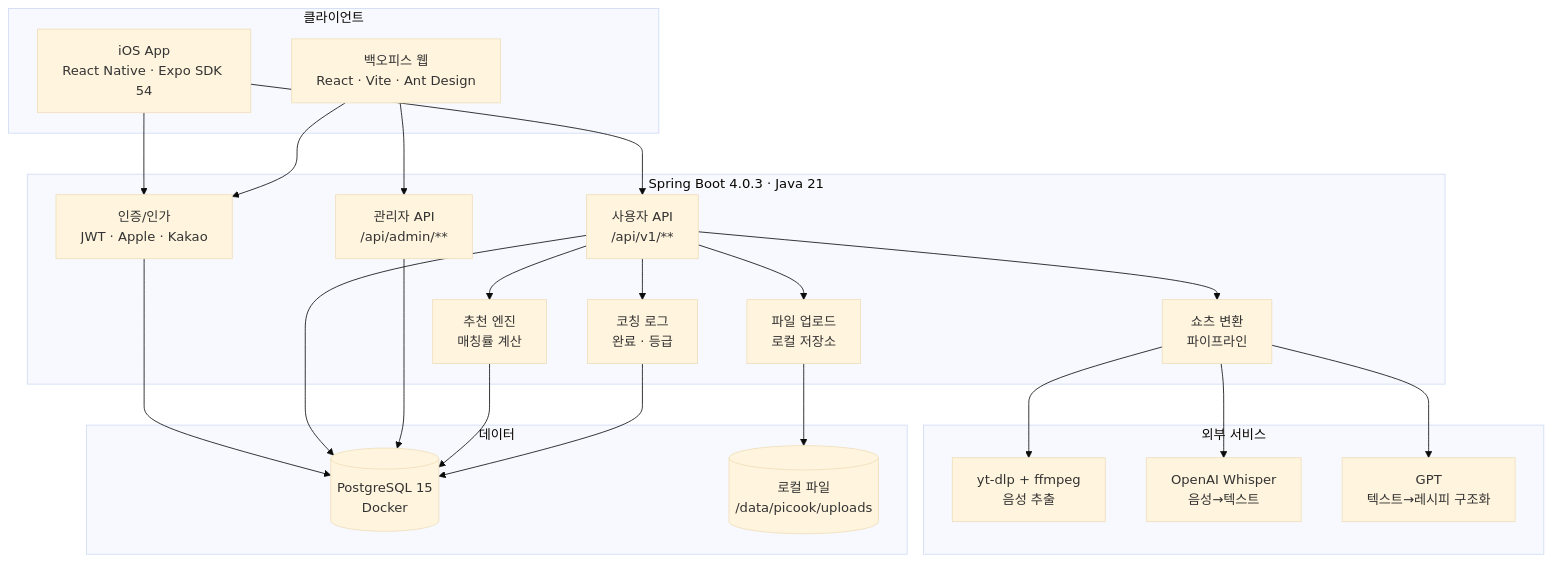
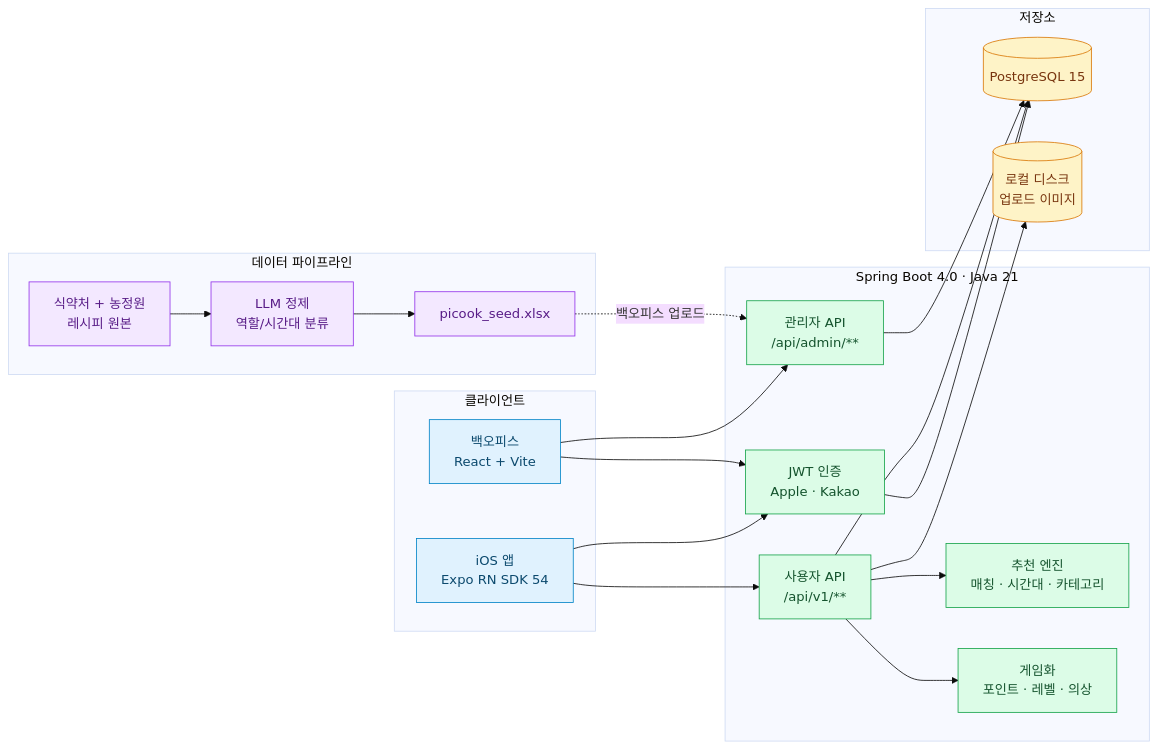
One commit to Mins00oo/picook changed the first of 4 diagrams in README.md. Above: the diagram before and after it, drawn with Mermaid (base theme). The commit also changed other lines of this file and 3 other files, not shown here.

````diff
--- a/README.md
+++ b/README.md
@@ -17,49 +60,52 @@
 ```mermaid
-flowchart TB
-    subgraph Client["클라이언트"]
-        iOS["iOS App<br/>React Native · Expo SDK 54"]
-        Admin["백오피스 웹<br/>React · Vite · Ant Design"]
+flowchart LR
+    subgraph Clients["클라이언트"]
+        iOS["iOS 앱<br/>Expo RN SDK 54"]
+        Admin["백오피스<br/>React + Vite"]
     end
 
-    subgraph Server["Spring Boot 4.0.3 · Java 21"]
-        Auth["인증/인가<br/>JWT · Apple · Kakao"]
+    subgraph API["Spring Boot 4.0 · Java 21"]
         UserAPI["사용자 API<br/>/api/v1/**"]
         AdminAPI["관리자 API<br/>/api/admin/**"]
-        Recommend["추천 엔진<br/>매칭률 계산"]
-        Coaching["코칭 로그<br/>완료 · 등급"]
-        Shorts["쇼츠 변환<br/>파이프라인"]
-        FileStore["파일 업로드<br/>로컬 저장소"]
+        Auth["JWT 인증<br/>Apple · Kakao"]
+        Recommend["추천 엔진<br/>매칭 · 시간대 · 카테고리"]
+        Game["게임화<br/>포인트 · 레벨 · 의상"]
     end
 
-    subgraph External["외부 서비스"]
-        YtDlp["yt-dlp + ffmpeg<br/>음성 추출"]
-        Whisper["OpenAI Whisper<br/>음성→텍스트"]
-        GPT["GPT<br/>텍스트→레시피 구조화"]
+    subgraph Data["저장소"]
+        DB[(PostgreSQL 15)]
+        Files[("로컬 디스크<br/>업로드 이미지")]
     end
 
-    subgraph Data["데이터"]
-        DB[(PostgreSQL 15<br/>Docker)]
-        Files[("로컬 파일<br/>/data/picook/uploads")]
+    subgraph Pipeline["데이터 파이프라인"]
+        Source["식약처 + 농정원<br/>레시피 원본"]
+        LLM["LLM 정제<br/>역할/시간대 분류"]
+        Excel["picook_seed.xlsx"]
     end
 
     iOS --> Auth
     iOS --> UserAPI
     Admin --> Auth
     Admin --> AdminAPI
 
     UserAPI --> Recommend
-    UserAPI --> Coaching
-    UserAPI --> Shorts
-    UserAPI --> FileStore
-
-    Shorts --> YtDlp
-    Shorts --> Whisper
-    Shorts --> GPT
-
+    UserAPI --> Game
     Auth --> DB
     UserAPI --> DB
+    UserAPI --> Files
     AdminAPI --> DB
-    Recommend --> DB
-    Coaching --> DB
-    FileStore --> Files
+
+    Source --> LLM
+    LLM --> Excel
+    Excel -. 백오피스 업로드 .-> AdminAPI
+
+    classDef client fill:#E0F2FE,stroke:#0284C7,color:#0C4A6E
+    classDef api fill:#DCFCE7,stroke:#16A34A,color:#14532D
+    classDef data fill:#FEF3C7,stroke:#D97706,color:#78350F
+    classDef pipeline fill:#F3E8FF,stroke:#9333EA,color:#581C87
+
+    class iOS,Admin client
+    class UserAPI,AdminAPI,Auth,Recommend,Game api
+    class DB,Files data
+    class Source,LLM,Excel pipeline
 ```
````
